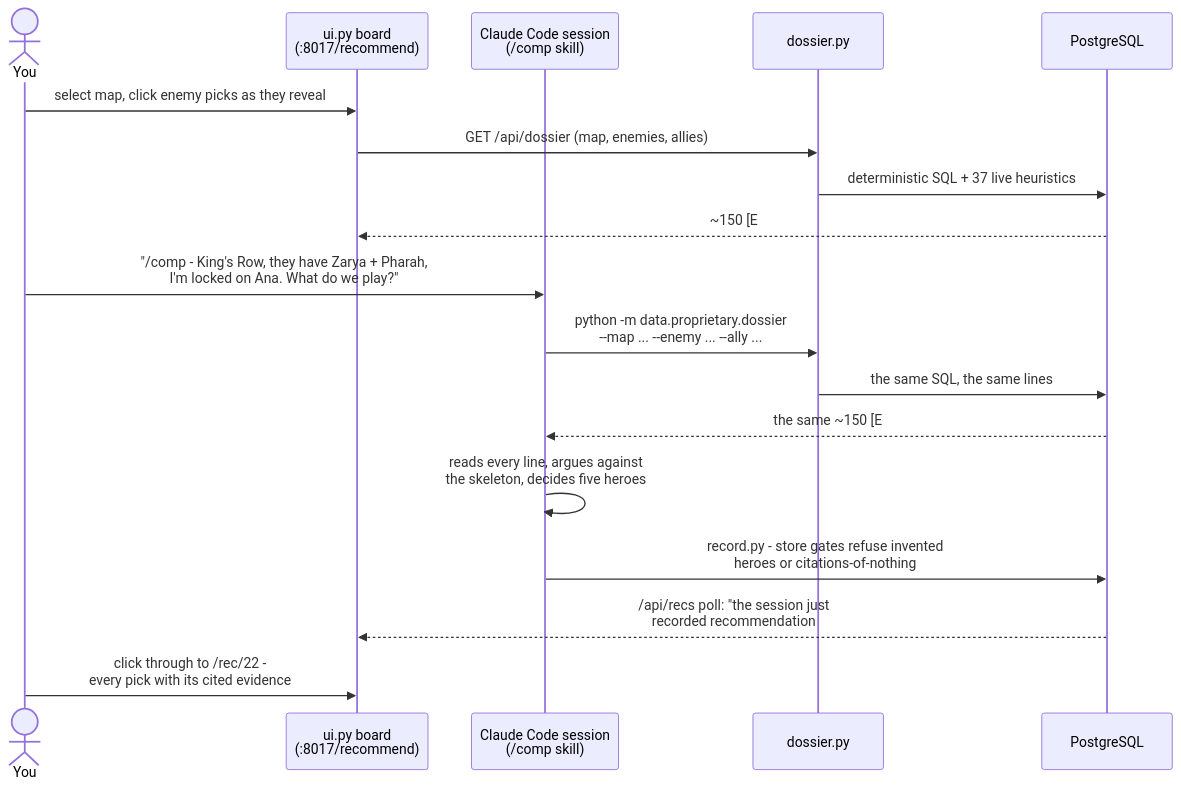
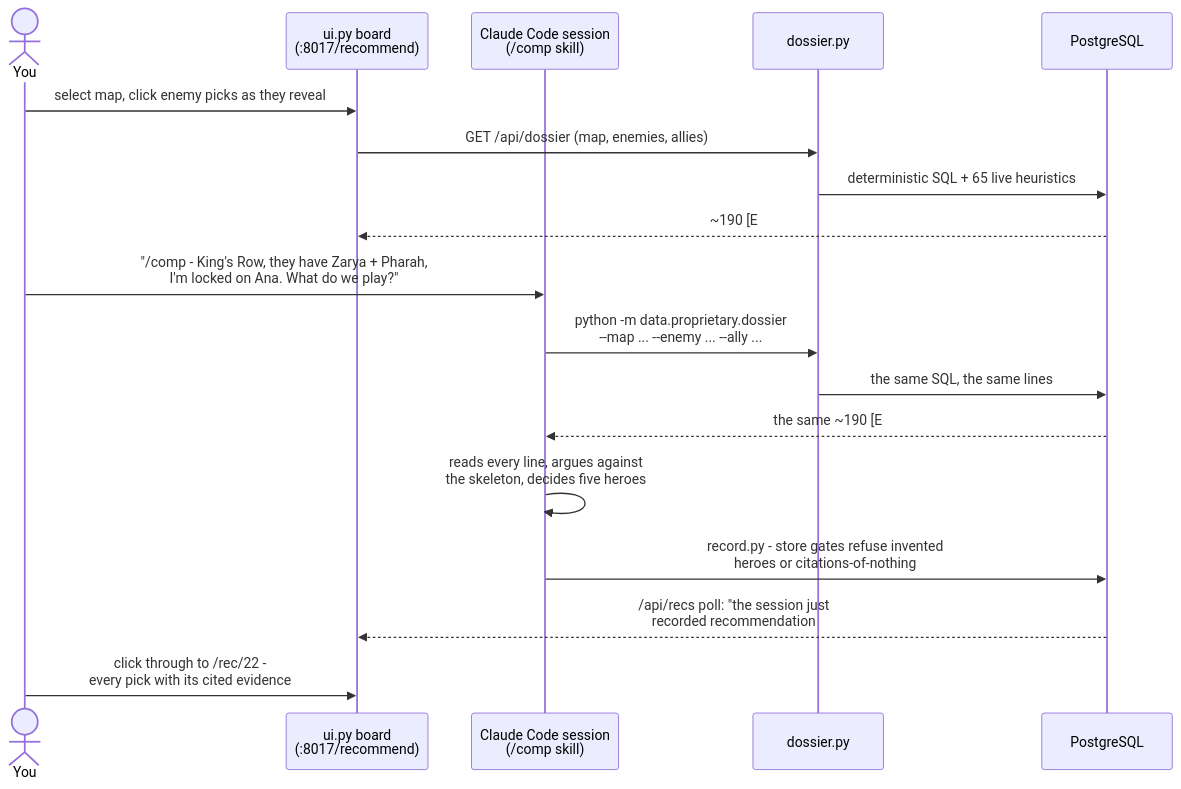
Before and after one commit to mmikol/counter-utility-matrix: the second of 5 diagrams in docs/architecture.md, drawn with Mermaid. The commit also changed other lines of this file and 5 other files, not shown here.

````diff
--- a/docs/architecture.md
+++ b/docs/architecture.md
@@ -78,22 +78,22 @@
 ```mermaid
 sequenceDiagram
     actor You
     participant Board as ui.py board<br/>(:8017/recommend)
     participant Claude as Claude Code session<br/>(/comp skill)
     participant Dossier as dossier.py
     participant DB as PostgreSQL
 
     You->>Board: select map, click enemy picks as they reveal
     Board->>Dossier: GET /api/dossier (map, enemies, allies)
-    Dossier->>DB: deterministic SQL + 37 live heuristics
-    DB-->>Board: ~150 [E#] evidence lines, live on every click
+    Dossier->>DB: deterministic SQL + 65 live heuristics
+    DB-->>Board: ~190 [E#] evidence lines, live on every click
 
     You->>Claude: "/comp - King's Row, they have Zarya + Pharah,<br/>I'm locked on Ana. What do we play?"
     Claude->>Dossier: python -m data.proprietary.dossier<br/>--map ... --enemy ... --ally ...
     Dossier->>DB: the same SQL, the same lines
-    DB-->>Claude: the same ~150 [E#] lines
+    DB-->>Claude: the same ~190 [E#] lines
     Claude->>Claude: reads every line, argues against<br/>the skeleton, decides five heroes
     Claude->>DB: record.py - store gates refuse invented<br/>heroes or citations-of-nothing
     DB-->>Board: /api/recs poll: "the session just<br/>recorded recommendation #22"
     You->>Board: click through to /rec/22 -<br/>every pick with its cited evidence
 ```
````
